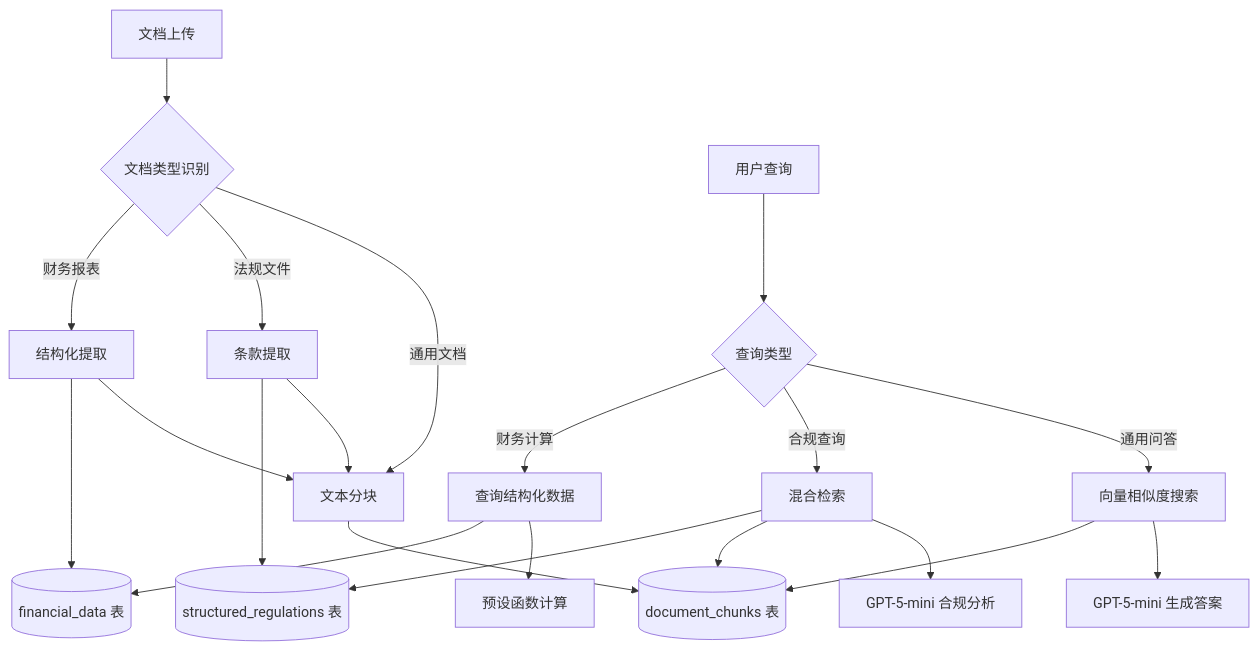
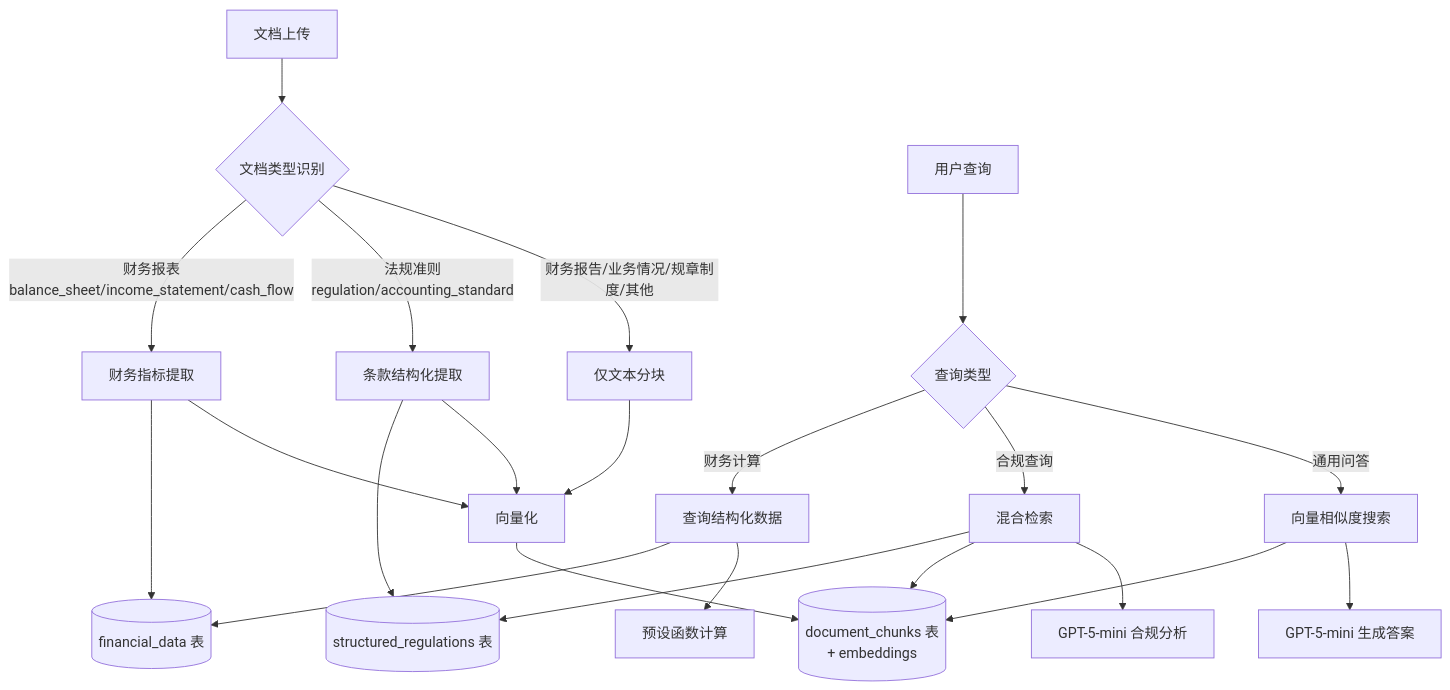
Before and after one commit to antelacus/project-goodman: the diagram in README.md, drawn with Mermaid. The commit also changed other lines of this file and 1 other file, not shown here.

````diff
--- a/README.md
+++ b/README.md
@@ -118,28 +126,30 @@
 ```mermaid
 graph TB
   A[文档上传] --> B{文档类型识别}
-  B -->|财务报表| C[结构化提取]
-  B -->|法规文件| D[条款提取]
-  B -->|通用文档| E[文本分块]
+
+  B -->|财务报表<br/>balance_sheet/income_statement/cash_flow| C[财务指标提取]
+  B -->|法规准则<br/>regulation/accounting_standard| D[条款结构化提取]
+  B -->|财务报告/业务情况/规章制度/其他| E[仅文本分块]
 
   C --> F[(financial_data 表)]
   D --> G[(structured_regulations 表)]
-  E --> H[(document_chunks 表)]
 
-  C --> E
-  D --> E
+  C --> H[向量化]
+  D --> H
+  E --> H
+  H --> I[(document_chunks 表<br/>+ embeddings)]
 
-  I[用户查询] --> J{查询类型}
-  J -->|财务计算| K[查询结构化数据]
-  J -->|合规查询| L[混合检索]
-  J -->|通用问答| M[向量相似度搜索]
+  J[用户查询] --> K{查询类型}
+  K -->|财务计算| L[查询结构化数据]
+  K -->|合规查询| M[混合检索]
+  K -->|通用问答| N[向量相似度搜索]
 
-  K --> F
-  L --> G
-  L --> H
-  M --> H
+  L --> F
+  M --> G
+  M --> I
+  N --> I
 
-  K --> N[预设函数计算]
-  L --> O[GPT-5-mini 合规分析]
-  M --> P[GPT-5-mini 生成答案]
+  L --> O[预设函数计算]
+  M --> P[GPT-5-mini 合规分析]
+  N --> Q[GPT-5-mini 生成答案]
 ```
````
